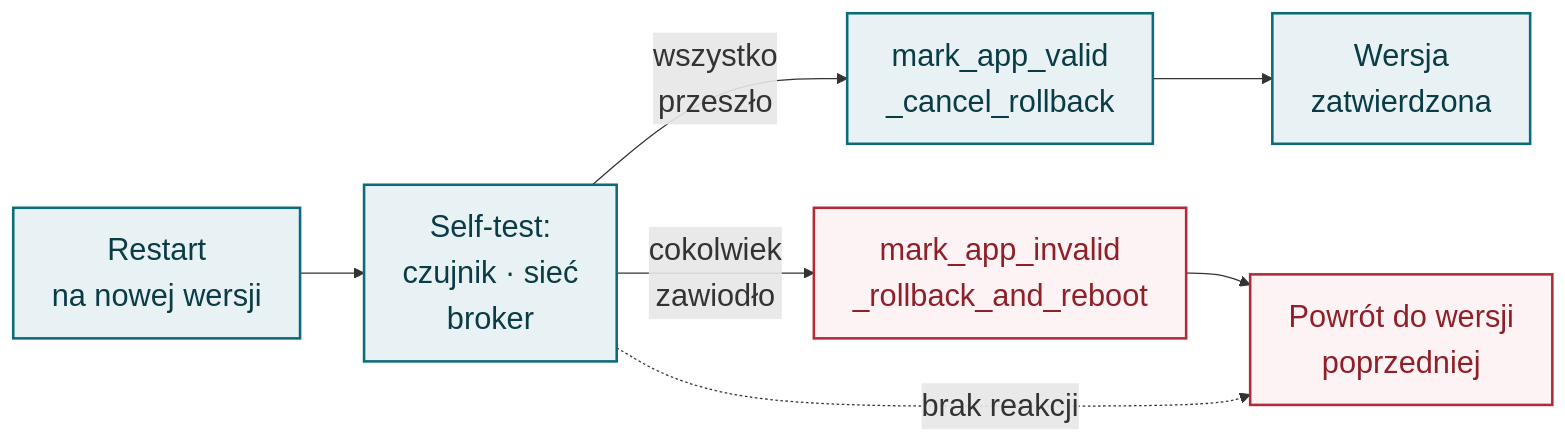
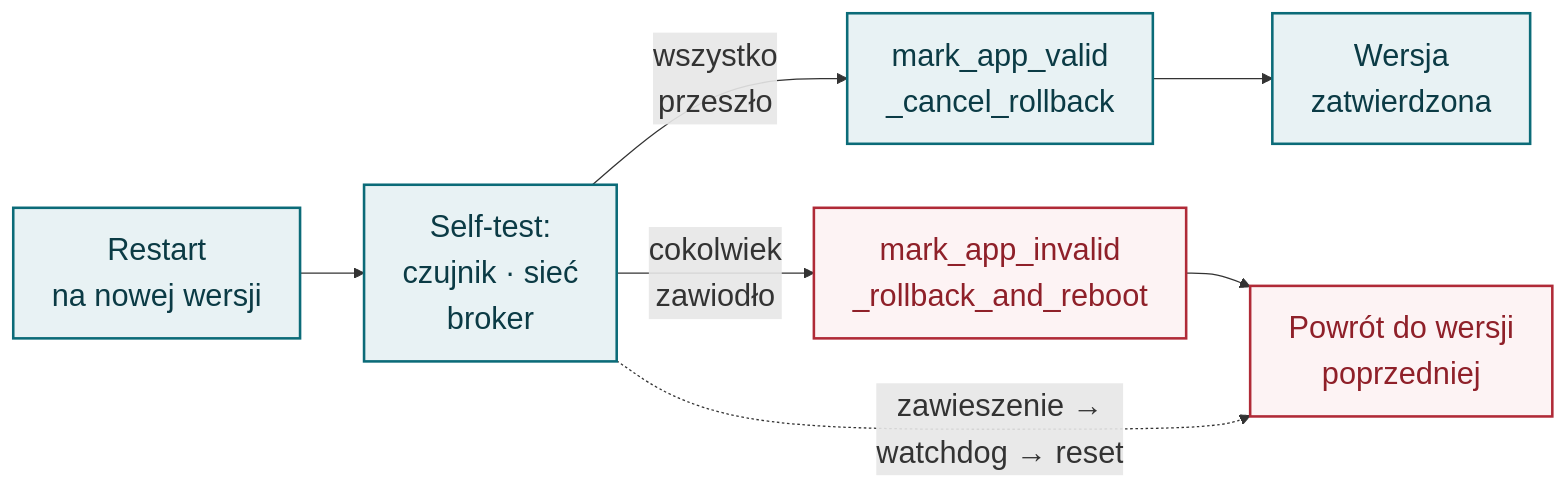
One commit to moondec/iot_lectures changed the third of 3 diagrams in slides/03-lacznosc-i-ota.qmd. Above: the diagram before and after it, drawn with Mermaid. The commit also changed other lines of this file and 83 other files, not shown here.

First line of the commit message:
Fact-check lectures 01-07 and add photo and chart variety

````diff
--- a/slides/03-lacznosc-i-ota.qmd
+++ b/slides/03-lacznosc-i-ota.qmd
@@ -381,16 +396,16 @@
 ```{mermaid}
 %%| fig-width: 11
 %%| fig-height: 3.0
 %%{init: {"themeVariables": {"fontSize": "24px"}}}%%
 flowchart LR
     R["Restart<br>na nowej wersji"] --> T["Self-test:<br>czujnik · sieć<br>broker"]
     T -- "wszystko<br>przeszło" --> V["mark_app_valid<br>_cancel_rollback"]
     T -- "cokolwiek<br>zawiodło" --> I["mark_app_invalid<br>_rollback_and_reboot"]
     V --> OK["Wersja<br>zatwierdzona"]
     I --> P["Powrót do wersji<br>poprzedniej"]
-    T -. "brak reakcji" .-> P
+    T -. "zawieszenie →<br>watchdog → reset" .-> P
     classDef n fill:#e8f2f4,stroke:#0b6b78,stroke-width:2px,color:#0b3b45
     classDef r fill:#fdf3f4,stroke:#b02a37,stroke-width:2px,color:#8f2029
     class R,T,V,OK n
     class I,P r
 ```
````
